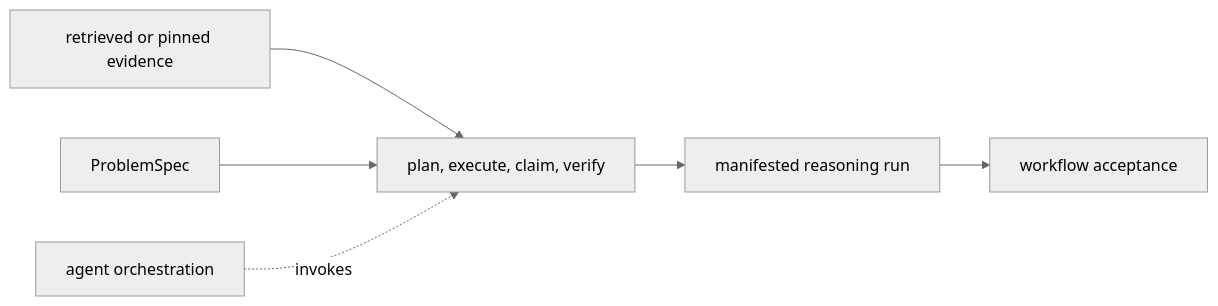
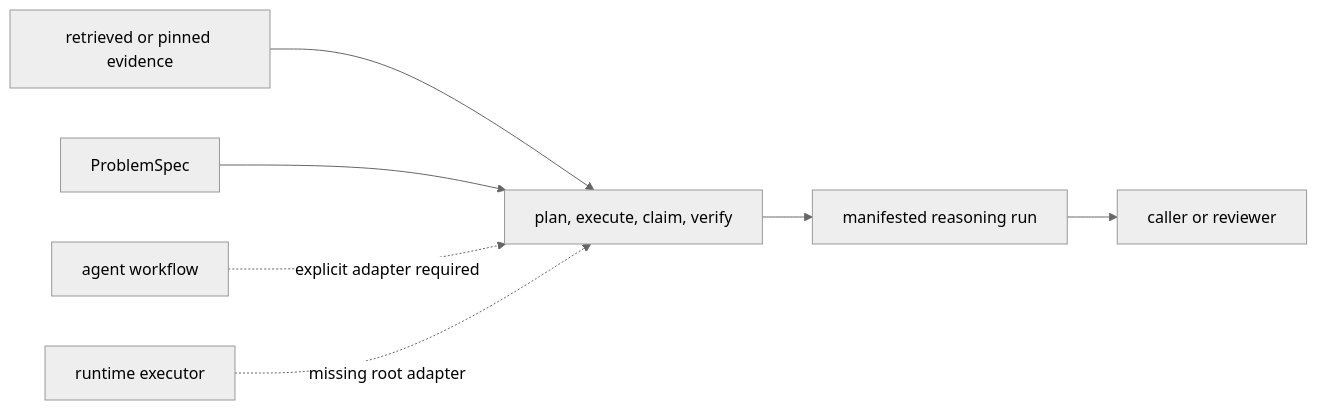
The diagram in docs/04-bijux-canon-reason/foundation/index.md (bijux/bijux-canon), drawn with Mermaid (neutral theme) before and after one commit. The commit also changed other lines of this file and 1 other file, not shown here.

Commit message:
docs(reason): expose adapter and verdict boundaries

````diff
--- a/docs/04-bijux-canon-reason/foundation/index.md
+++ b/docs/04-bijux-canon-reason/foundation/index.md
@@ -19,14 +19,16 @@
 ```mermaid
 flowchart LR
     retrieval["retrieved or pinned evidence"]
     spec["ProblemSpec"]
     reason["plan, execute, claim, verify"]
     bundle["manifested reasoning run"]
-    agent["agent orchestration"]
-    runtime["workflow acceptance"]
+    reviewer["caller or reviewer"]
+    agent["agent workflow"]
+    runtime["runtime executor"]
 
     retrieval --> reason
     spec --> reason --> bundle
-    agent -. invokes .-> reason
-    bundle --> runtime
+    bundle --> reviewer
+    agent -. explicit adapter required .-> reason
+    runtime -. missing root adapter .-> reason
 ```
````
